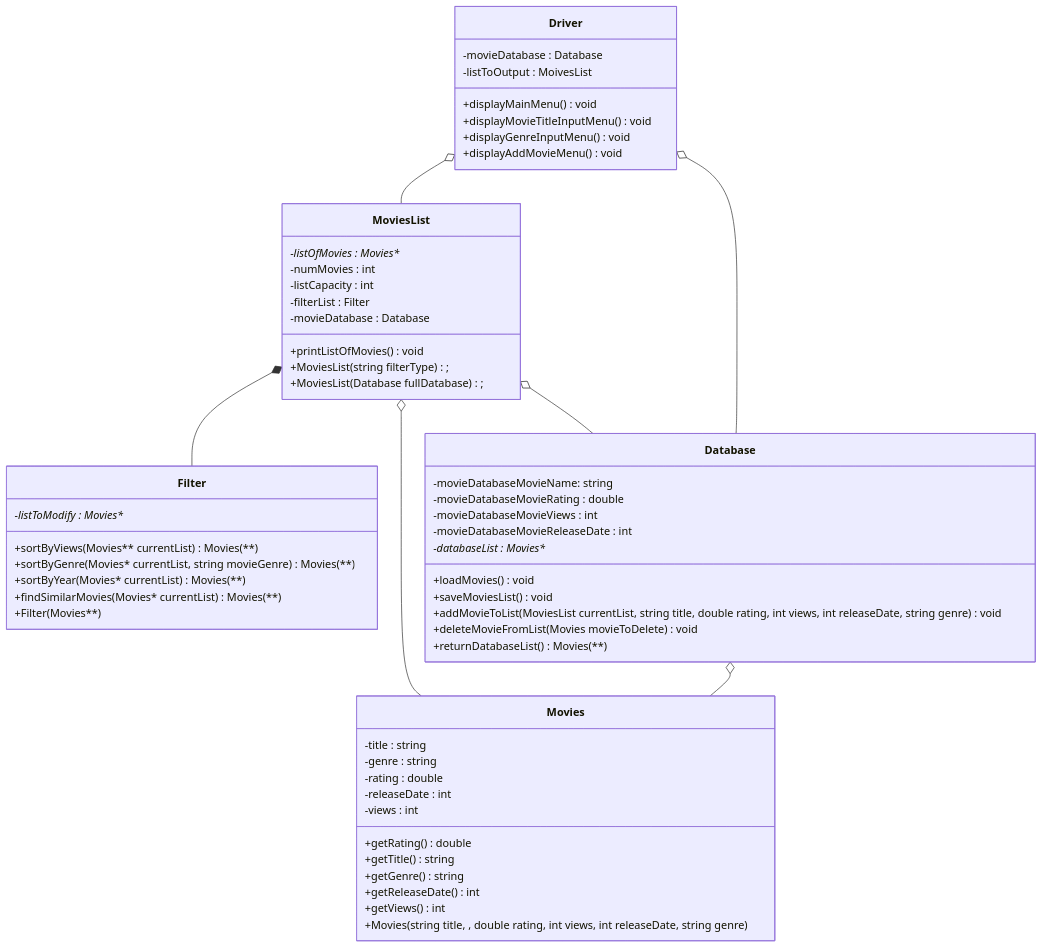
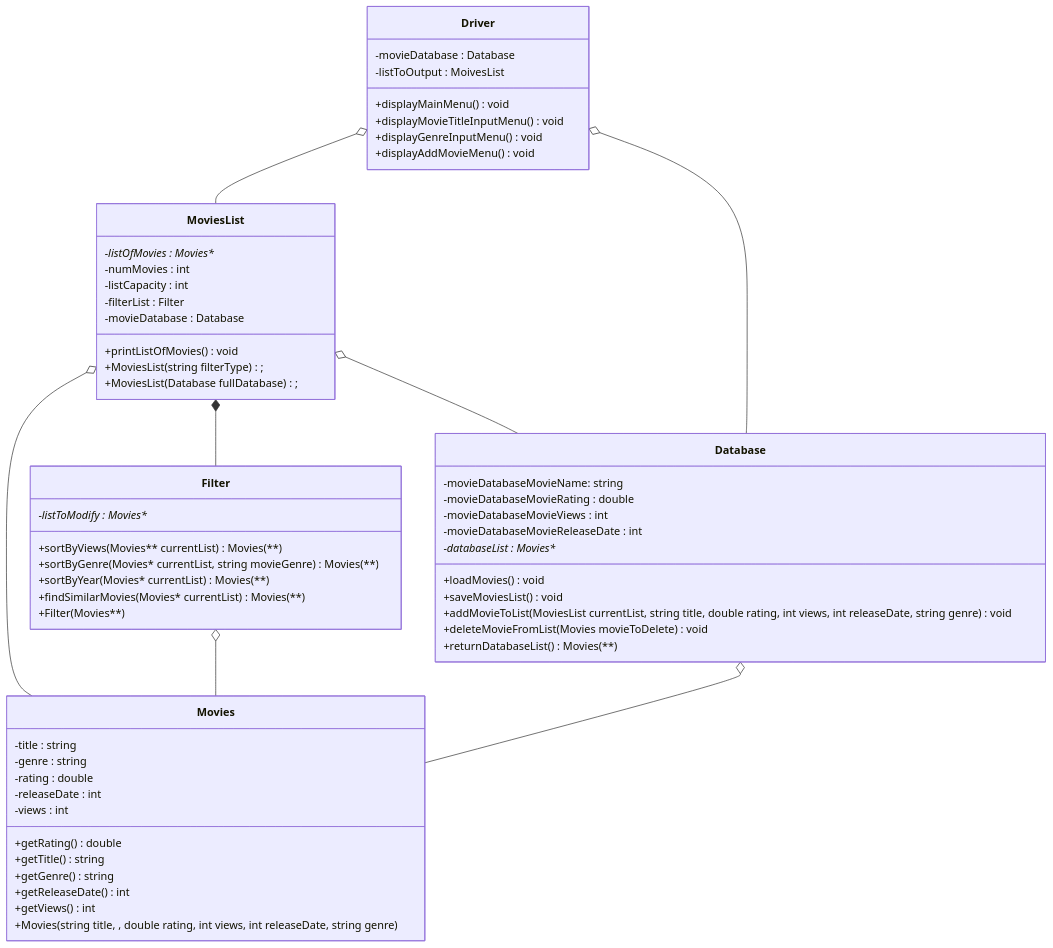
The diagram in README.md (ssant096/Movie-Recommeder), drawn with Mermaid before and after one commit.

Commit message:
Modified UML Diagram

````diff
--- a/README.md
+++ b/README.md
@@ -19,62 +19,63 @@
 ```mermaid
  classDiagram
  MoviesList o-- Movies
  MoviesList *-- Filter
  Driver o-- MoviesList
  MoviesList o-- Database
  Driver o-- Database
+ Filter o-- Movies
  Database o-- Movies
  
  class Driver{
    -movieDatabase : Database
    -listToOutput : MoivesList
    +displayMainMenu() void
    +displayMovieTitleInputMenu() void
    +displayGenreInputMenu() void
    +displayAddMovieMenu() void
  }
  class Database{
    -movieDatabaseMovieName: string
    -movieDatabaseMovieRating : double
    -movieDatabaseMovieViews : int
    -movieDatabaseMovieReleaseDate : int
    -databaseList : Movies**
    +loadMovies() void
    +saveMoviesList() void
    +addMovieToList(MoviesList currentList, string title, double rating, int views, int releaseDate, string genre) void
    +deleteMovieFromList(Movies movieToDelete) void
    +returnDatabaseList() : Movies(**)
  }
  class Movies{
    -title : string
    -genre : string
    -rating : double
    -releaseDate : int
    -views : int
    +getRating() double
    +getTitle() string
    +getGenre() string
    +getReleaseDate() int
    +getViews() int
    +Movies(string title, , double rating, int views, int releaseDate, string genre) 
  }
  class MoviesList{
    -listOfMovies : Movies**
    -numMovies : int
    -listCapacity : int
    -filterList : Filter
    -movieDatabase : Database
    +printListOfMovies() void
    +MoviesList(string filterType);
    +MoviesList(Database fullDatabase);
  }
  class Filter{
    -listToModify : Movies**
    +sortByViews(Movies** currentList) : Movies(**)
    +sortByGenre(Movies* currentList, string movieGenre) : Movies(**)
    +sortByYear(Movies* currentList) : Movies(**)
    +findSimilarMovies(Movies* currentList) : Movies(**)
    +Filter(Movies**)
  }
  
  ```
````
